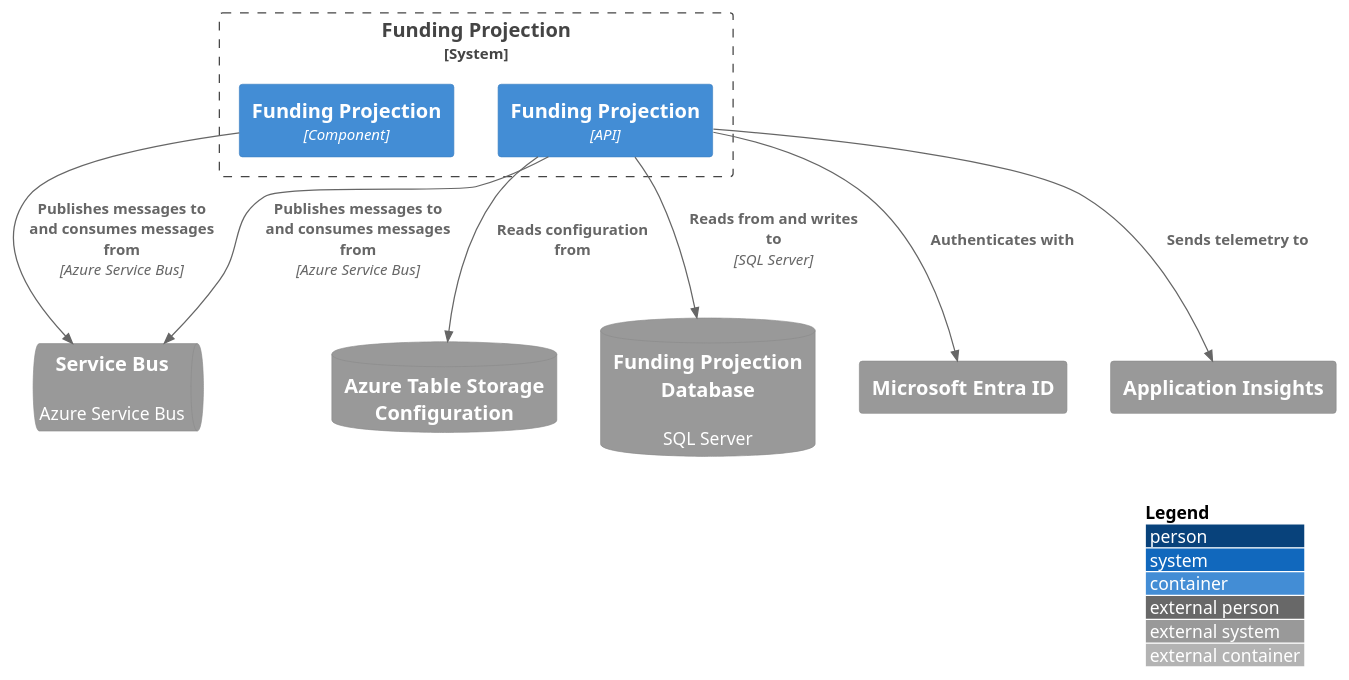
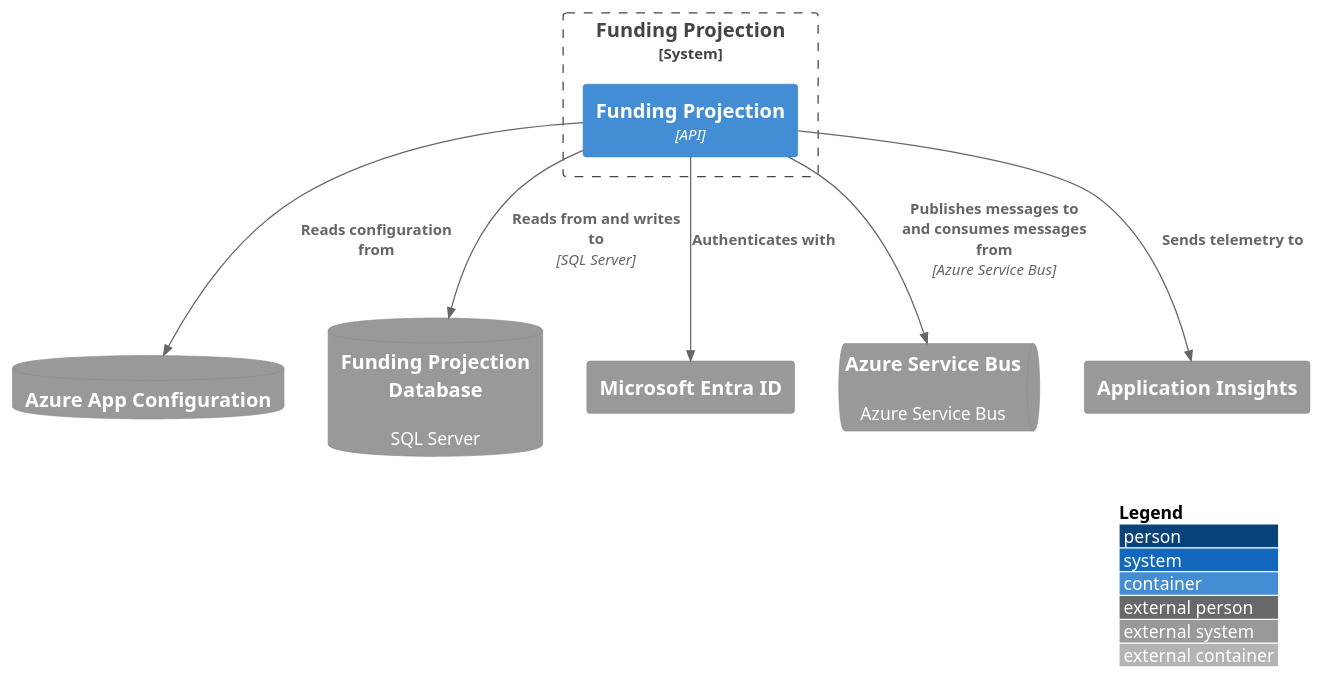
The diagram in das-funding-projection-api/service-dependencies/service-dependencies.puml (talentconsulting/atlas-dfe), drawn with PlantUML before and after one commit. The commit also changed 96 other files, not shown here.

```diff
--- a/das-funding-projection-api/service-dependencies/service-dependencies.puml
+++ b/das-funding-projection-api/service-dependencies/service-dependencies.puml
@@ -1,23 +1,21 @@
 @startuml
 !include https://raw.githubusercontent.com/plantuml-stdlib/C4-PlantUML/master/C4_Container.puml
 LAYOUT_WITH_LEGEND()
 
 System_Boundary(sys_SkillsFundingAgency_das_funding_projection_api, "Funding Projection") {
-  Container(c_funding_projection, "Funding Projection", "Component")
-  Container(c_funding_projection_2, "Funding Projection", "API")
+  Container(c_funding_projection, "Funding Projection", "API")
 }
 
-SystemDb_Ext(d_configuration_store_azure_table_storage_configuration, "Azure Table Storage Configuration")
+SystemDb_Ext(d_configuration_store_azure_app_configuration, "Azure App Configuration")
 SystemDb_Ext(d_database_funding_projection_database, "Funding Projection Database", "SQL Server")
 System_Ext(d_identity_provider_microsoft_entra_id, "Microsoft Entra ID")
-SystemQueue_Ext(d_message_broker_service_bus, "Service Bus", "Azure Service Bus")
+SystemQueue_Ext(d_message_broker_azure_service_bus, "Azure Service Bus", "Azure Service Bus")
 System_Ext(d_telemetry_application_insights, "Application Insights")
 
-Rel(c_funding_projection_2, d_configuration_store_azure_table_storage_configuration, "Reads configuration from")
-Rel(c_funding_projection_2, d_database_funding_projection_database, "Reads from and writes to", "SQL Server")
-Rel(c_funding_projection_2, d_identity_provider_microsoft_entra_id, "Authenticates with")
-Rel(c_funding_projection, d_message_broker_service_bus, "Publishes messages to and consumes messages from", "Azure Service Bus")
-Rel(c_funding_projection_2, d_message_broker_service_bus, "Publishes messages to and consumes messages from", "Azure Service Bus")
-Rel(c_funding_projection_2, d_telemetry_application_insights, "Sends telemetry to")
+Rel(c_funding_projection, d_configuration_store_azure_app_configuration, "Reads configuration from")
+Rel(c_funding_projection, d_database_funding_projection_database, "Reads from and writes to", "SQL Server")
+Rel(c_funding_projection, d_identity_provider_microsoft_entra_id, "Authenticates with")
+Rel(c_funding_projection, d_message_broker_azure_service_bus, "Publishes messages to and consumes messages from", "Azure Service Bus")
+Rel(c_funding_projection, d_telemetry_application_insights, "Sends telemetry to")
 
 @enduml
```
